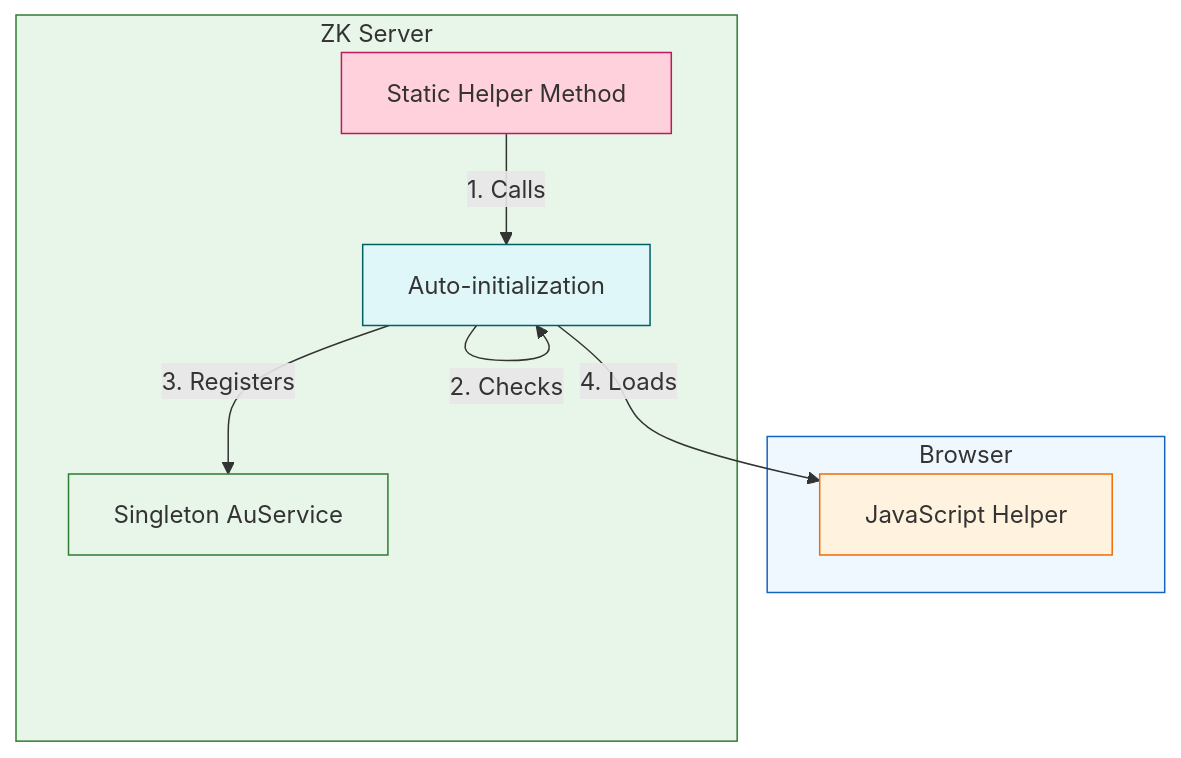
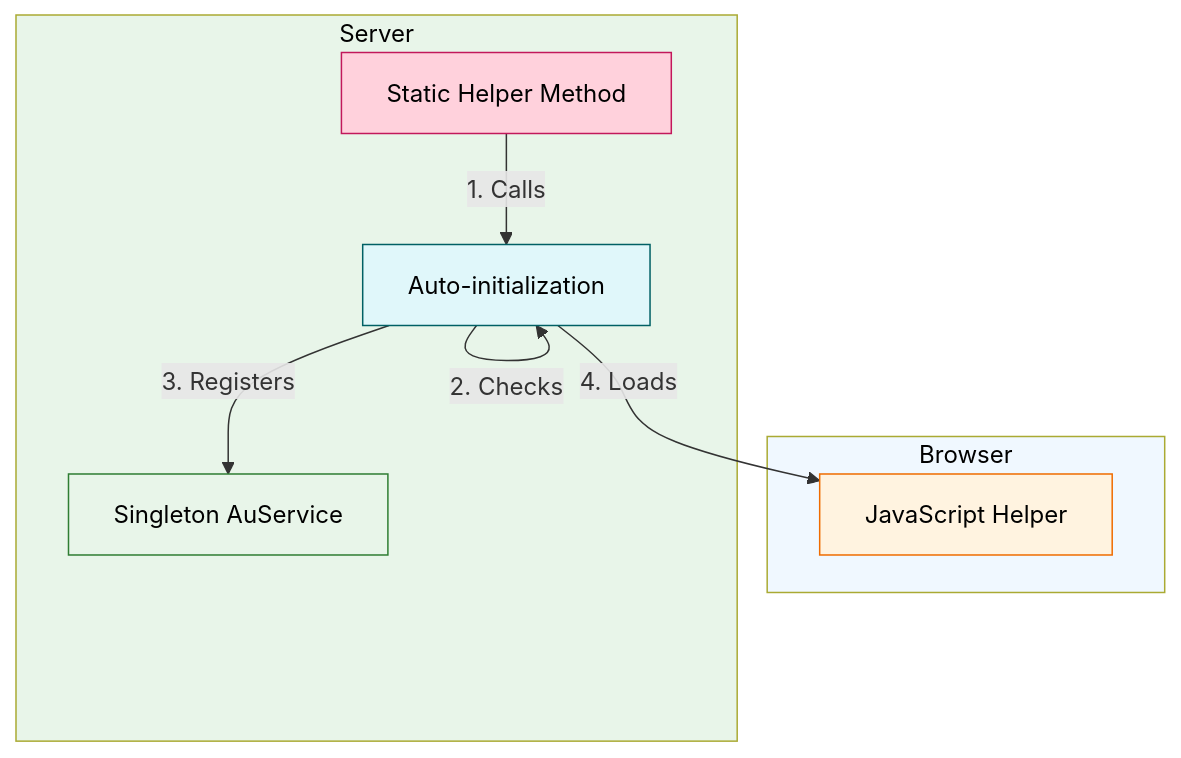
One commit to zkoss-demo/browser-kit changed the first of 2 diagrams in README.md. Above: the diagram before and after it, drawn with Mermaid. The commit also changed other lines of this file, not shown here.

Commit message:
update architecture diagram style

````diff
--- a/README.md
+++ b/README.md
@@ -123,24 +123,24 @@
 ```mermaid
 flowchart TB
     subgraph Client[Browser]
         JS[JavaScript Helper]
     end
 
-    subgraph Server[ZK Server]
+    subgraph Server[Server]
         Java[Static Helper Method]
         Init[Auto-initialization]
         AU[Singleton AuService]
     end
 
     Java -->|1. Calls| Init
     Init -->|2. Checks| Init
     Init -->|3. Registers| AU
     Init -->|4. Loads| JS
 
-    style Client fill:#f0f8ff,stroke:#1565c0
-    style Server fill:#e8f5e9,stroke:#2e7d32
-    style Java fill:#ffd1dc,stroke:#c2185b
-    style Init fill:#e0f7fa,stroke:#006064
-    style AU fill:#e8f5e9,stroke:#2e7d32
-    style JS fill:#fff3e0,stroke:#ef6c00
+    style Client fill:#f0f8ff,color:black
+    style Server fill:#e8f5e9,color:black
+    style Java fill:#ffd1dc,stroke:#c2185b,color:black
+    style Init fill:#e0f7fa,stroke:#006064,color:black
+    style AU fill:#e8f5e9,stroke:#2e7d32,color:black
+    style JS fill:#fff3e0,stroke:#ef6c00,color:black
 ```
````
